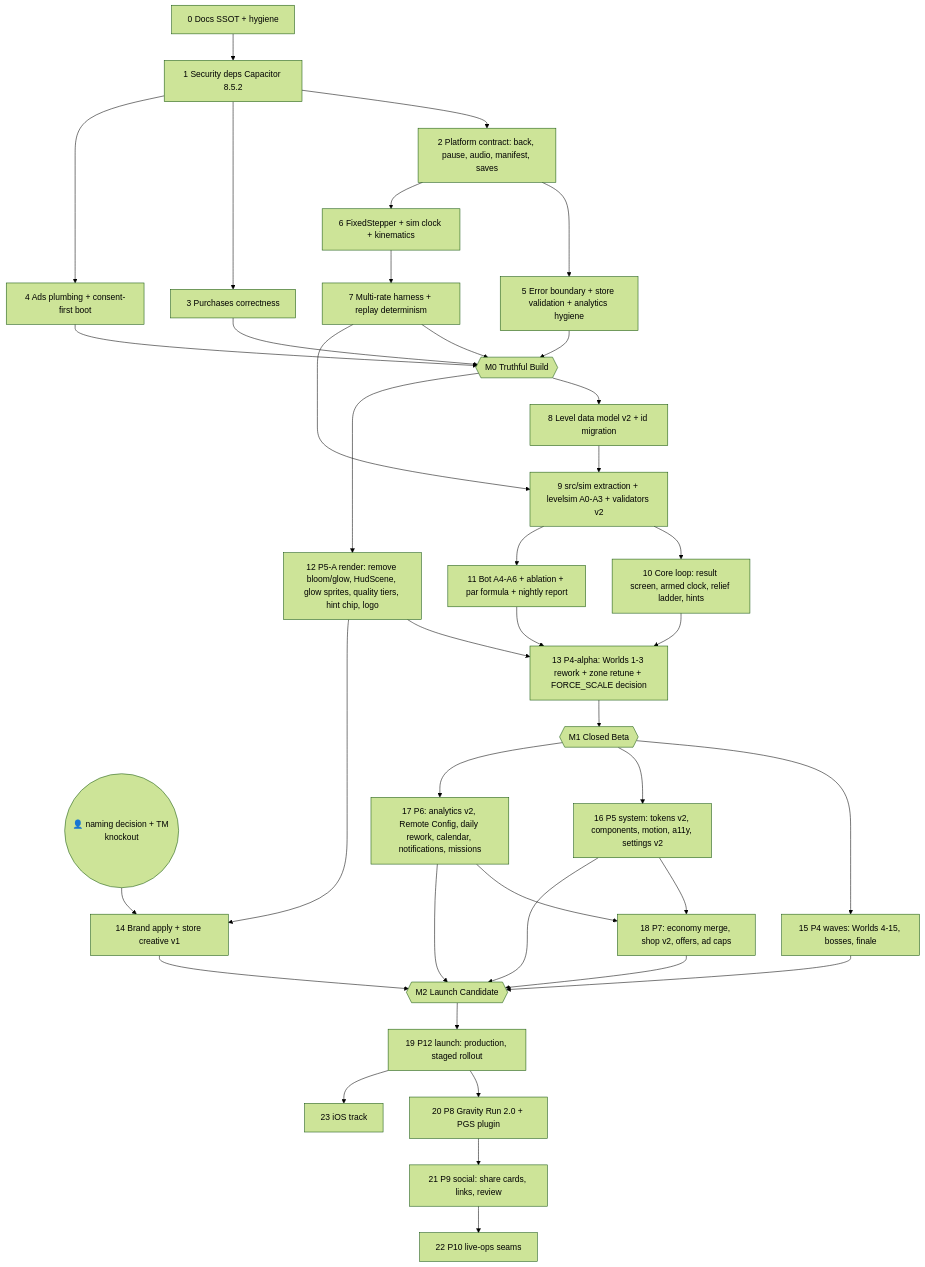
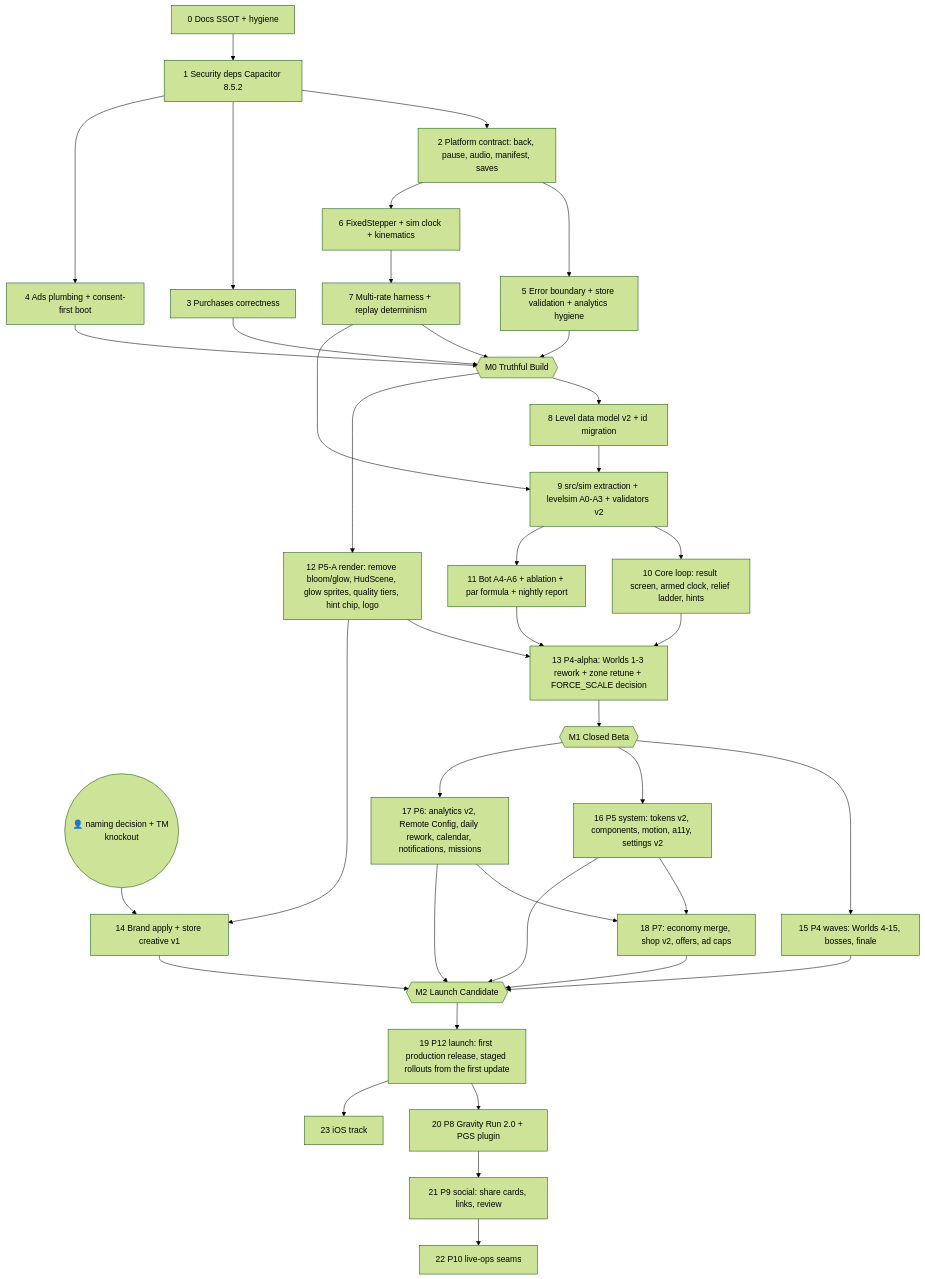
Before and after one commit to taysh123/Gravity-Game: the diagram in docs/roadmap/EXECUTION-ORDER.md, drawn with Mermaid (forest theme). The commit also changed other lines of this file and 9 other files, not shown here.

````diff
--- a/docs/roadmap/EXECUTION-ORDER.md
+++ b/docs/roadmap/EXECUTION-ORDER.md
@@ -11,41 +11,41 @@
 ```mermaid
 flowchart TD
   S0[0 Docs SSOT + hygiene] --> S1[1 Security deps Capacitor 8.5.2]
   S1 --> S2[2 Platform contract: back, pause, audio, manifest, saves]
   S1 --> S3[3 Purchases correctness]
   S1 --> S4[4 Ads plumbing + consent-first boot]
   S2 --> S5[5 Error boundary + store validation + analytics hygiene]
   S3 --> M0
   S4 --> M0
   S5 --> M0
   S2 --> S6[6 FixedStepper + sim clock + kinematics]
   S6 --> S7[7 Multi-rate harness + replay determinism]
   S7 --> M0{{M0 Truthful Build}}
   M0 --> S8[8 Level data model v2 + id migration]
   S7 --> S9[9 src/sim extraction + levelsim A0-A3 + validators v2]
   S8 --> S9
   S9 --> S10[10 Core loop: result screen, armed clock, relief ladder, hints]
   S9 --> S11[11 Bot A4-A6 + ablation + par formula + nightly report]
   M0 --> S12[12 P5-A render: remove bloom/glow, HudScene, glow sprites, quality tiers, hint chip, logo]
   S10 --> S13[13 P4-alpha: Worlds 1-3 rework + zone retune + FORCE_SCALE decision]
   S11 --> S13
   S12 --> S13
   S13 --> M1{{M1 Closed Beta}}
   U1((👤 naming decision + TM knockout)) --> S14[14 Brand apply + store creative v1]
   S12 --> S14
   S14 --> M2
   M1 --> S15[15 P4 waves: Worlds 4-15, bosses, finale]
   M1 --> S16[16 P5 system: tokens v2, components, motion, a11y, settings v2]
   M1 --> S17[17 P6: analytics v2, Remote Config, daily rework, calendar, notifications, missions]
   S16 --> S18[18 P7: economy merge, shop v2, offers, ad caps]
   S17 --> S18
   S15 --> M2{{M2 Launch Candidate}}
   S16 --> M2
   S17 --> M2
   S18 --> M2
-  M2 --> S19[19 P12 launch: production, staged rollout]
+  M2 --> S19[19 P12 launch: first production release, staged rollouts from the first update]
   S19 --> S20[20 P8 Gravity Run 2.0 + PGS plugin]
   S20 --> S21[21 P9 social: share cards, links, review]
   S21 --> S22[22 P10 live-ops seams]
   S19 --> S23[23 iOS track]
 ```
````
